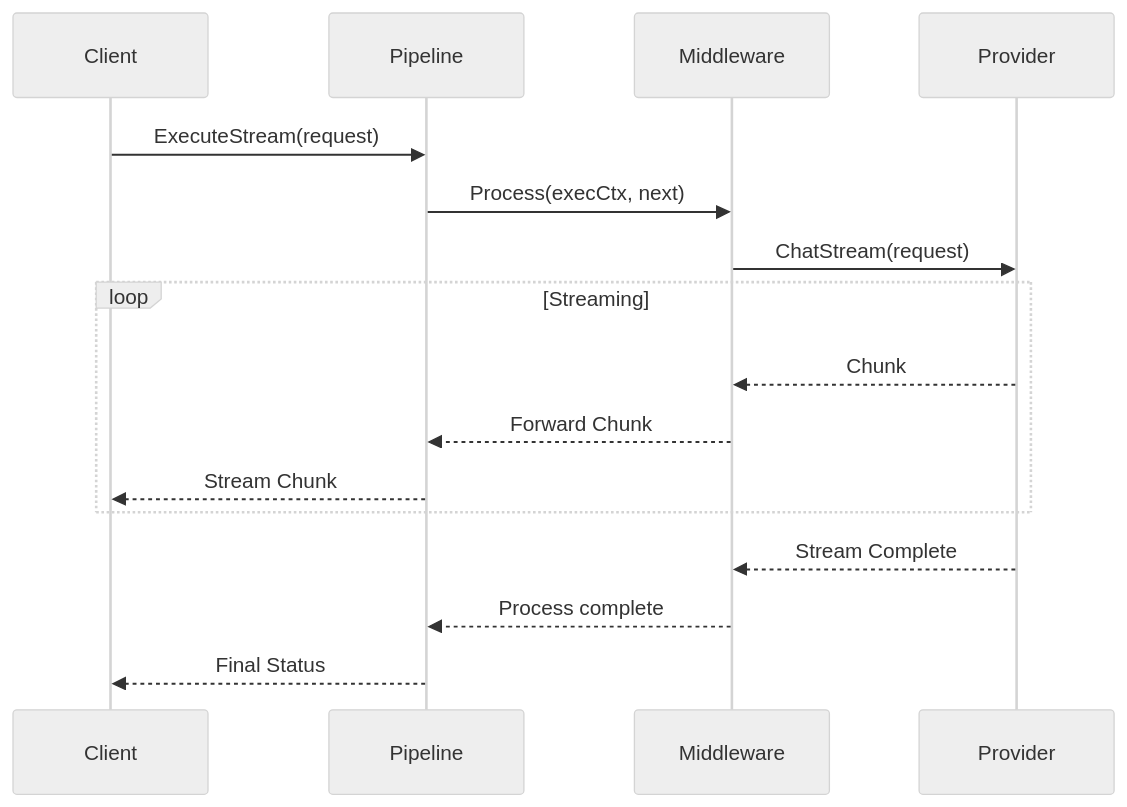
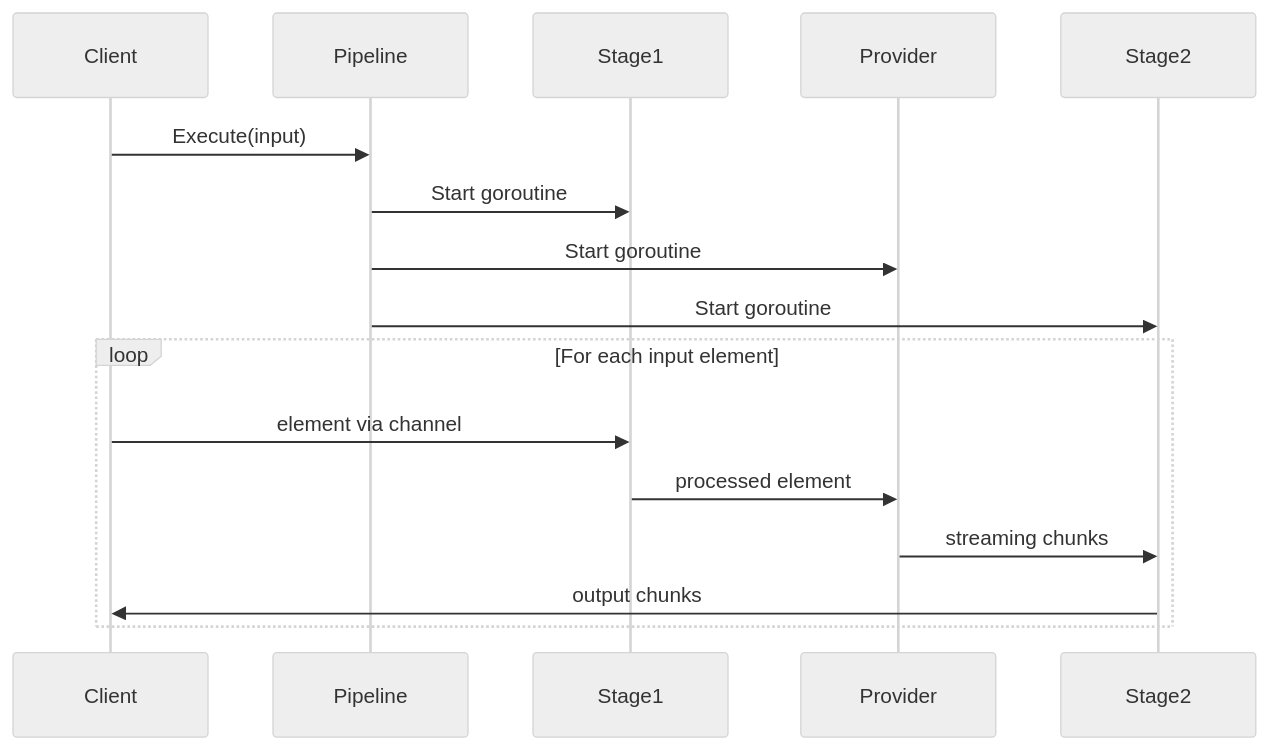
One commit to AltairaLabs/PromptKit changed the second of 4 diagrams in docs/src/content/architecture/runtime-pipeline.md. Above: the diagram before and after it, drawn with Mermaid (neutral theme). The commit also changed other lines of this file and 21 other files, not shown here.

````diff
--- a/docs/src/content/architecture/runtime-pipeline.md
+++ b/docs/src/content/architecture/runtime-pipeline.md
@@ -214,19 +407,20 @@
 ```mermaid
 sequenceDiagram
     participant Client
     participant Pipeline
-    participant Middleware
+    participant Stage1
     participant Provider
+    participant Stage2
 
-    Client->>Pipeline: ExecuteStream(request)
-    Pipeline->>Middleware: Process(execCtx, next)
-    Middleware->>Provider: ChatStream(request)
-    loop Streaming
-        Provider-->>Middleware: Chunk
-        Middleware-->>Pipeline: Forward Chunk
-        Pipeline-->>Client: Stream Chunk
+    Client->>Pipeline: Execute(input)
+    Pipeline->>Stage1: Start goroutine
+    Pipeline->>Provider: Start goroutine
+    Pipeline->>Stage2: Start goroutine
+
+    loop For each input element
+        Client->>Stage1: element via channel
+        Stage1->>Provider: processed element
+        Provider->>Stage2: streaming chunks
+        Stage2->>Client: output chunks
     end
-    Provider-->>Middleware: Stream Complete
-    Middleware-->>Pipeline: Process complete
-    Pipeline-->>Client: Final Status
 ```
````
